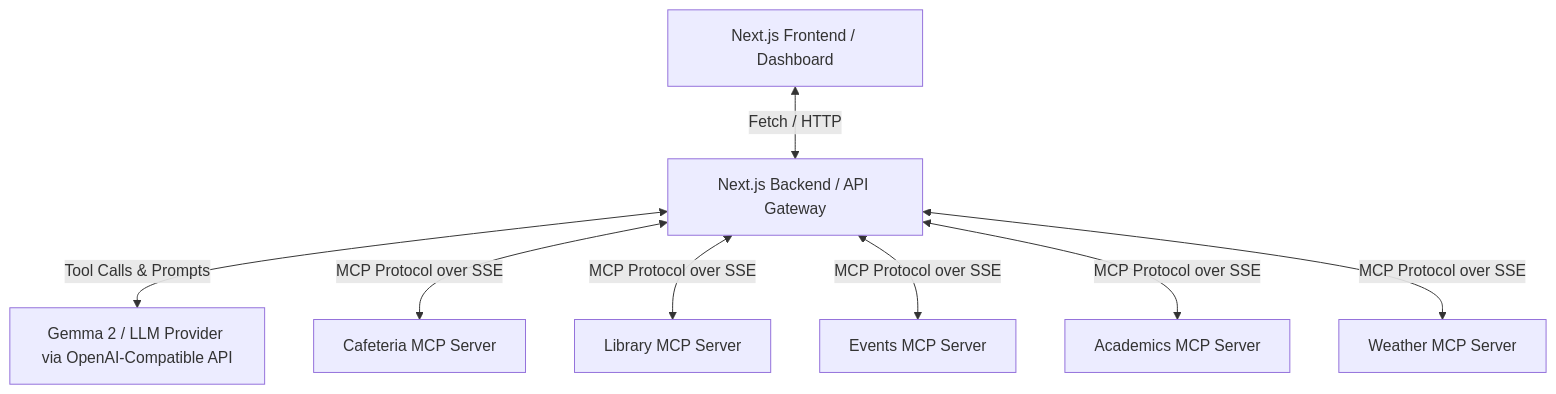
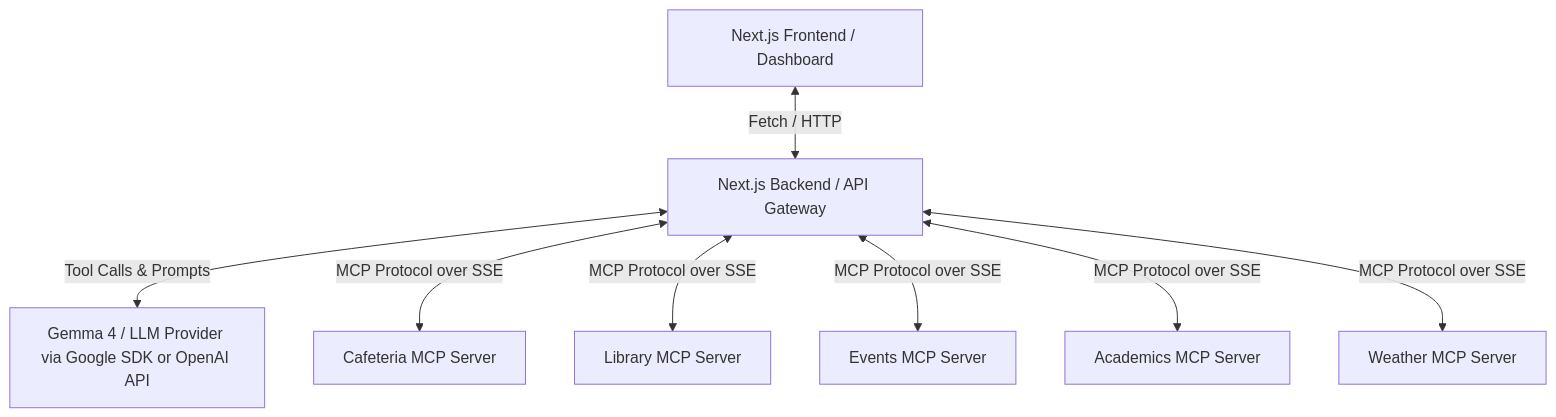
The diagram in README.md (bnspavankumar2005/unified-campus-intelligence), drawn with Mermaid before and after one commit. The commit also changed other lines of this file, not shown here.

````diff
--- a/README.md
+++ b/README.md
@@ -16,10 +16,10 @@
 ```mermaid
 graph TD
     Client[Next.js Frontend / Dashboard] <--> |Fetch / HTTP| Gateway[Next.js Backend / API Gateway]
-    Gateway <--> |Tool Calls & Prompts| LLM[Gemma 2 / LLM Provider via OpenAI-Compatible API]
+    Gateway <--> |Tool Calls & Prompts| LLM[Gemma 4 / LLM Provider via Google SDK or OpenAI API]
     Gateway <--> |MCP Protocol over SSE| CafeteriaMCP[Cafeteria MCP Server]
     Gateway <--> |MCP Protocol over SSE| LibraryMCP[Library MCP Server]
     Gateway <--> |MCP Protocol over SSE| EventsMCP[Events MCP Server]
     Gateway <--> |MCP Protocol over SSE| AcademicsMCP[Academics MCP Server]
     Gateway <--> |MCP Protocol over SSE| WeatherMCP[Weather MCP Server]
 ```
````
